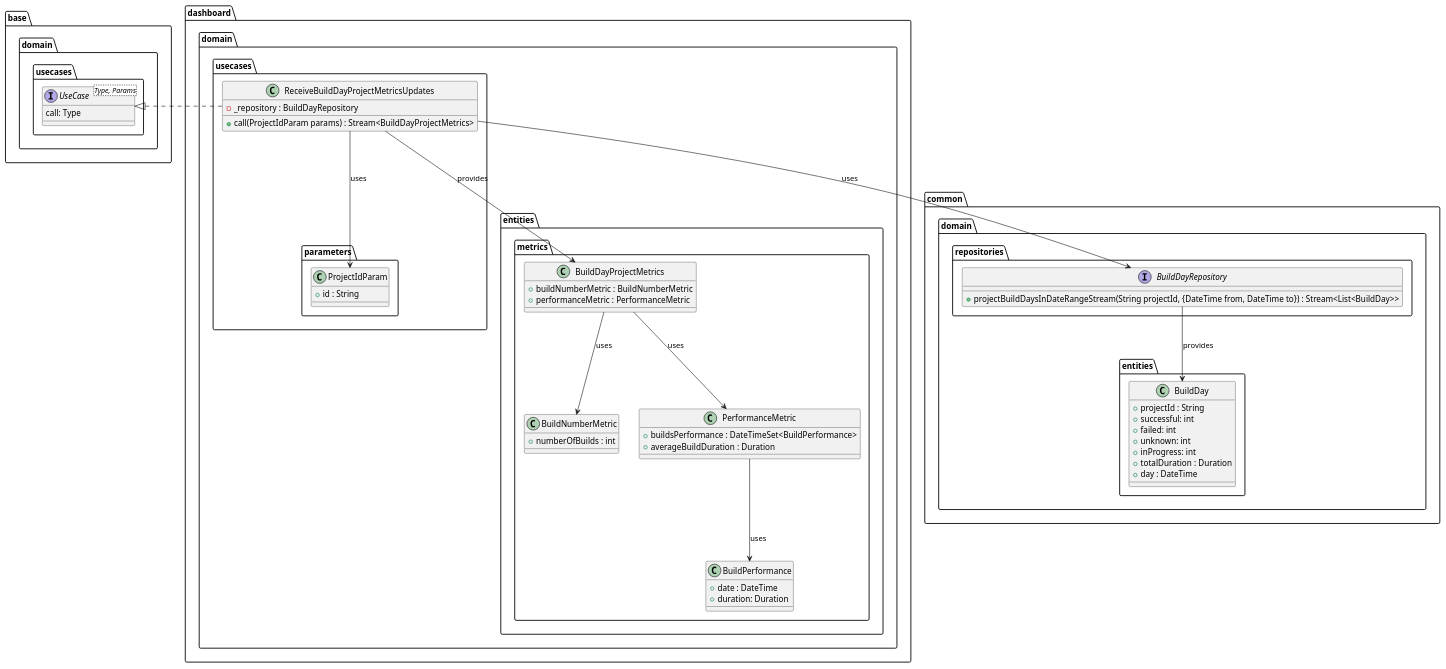
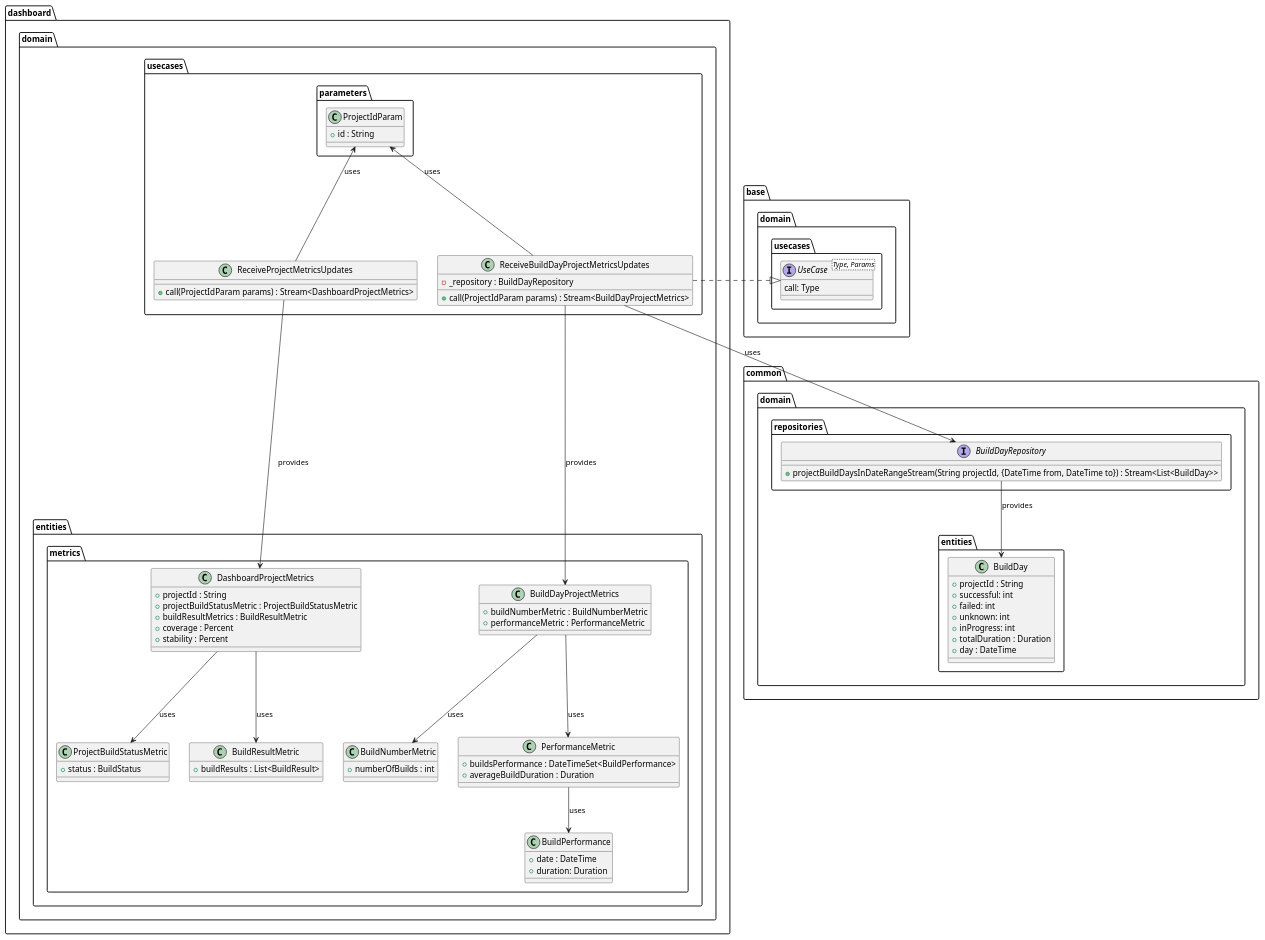
Before and after one commit to Flank/flank-dashboard: the diagram in metrics/web/docs/features/builds_aggregation/diagrams/build_days_domain_layer_class_diagram.puml, drawn with PlantUML.

Commit message:
Update domain diagram

```diff
--- a/metrics/web/docs/features/builds_aggregation/diagrams/build_days_domain_layer_class_diagram.puml
+++ b/metrics/web/docs/features/builds_aggregation/diagrams/build_days_domain_layer_class_diagram.puml
@@ -1,72 +1,95 @@
 @startuml build_days_domain_layer_class_diagram
-
-package base.domain.usecases {
-    interface UseCase<Type, Params> {
-        call: Type
-    }
-}
 
 package common.domain {
     package entities {
         class BuildDay {
             + projectId : String
             + successful: int
             + failed: int
             + unknown: int
             + inProgress: int
             + totalDuration : Duration
             + day : DateTime
         }
     }
 
     package repositories {
         interface BuildDayRepository {
             + projectBuildDaysInDateRangeStream(String projectId, {DateTime from, DateTime to}) : Stream<List<BuildDay>>
         } 
     }
 }
 
 package dashboard.domain {
     package entities.metrics {
         class BuildNumberMetric {
             + numberOfBuilds : int
         }
         class BuildPerformance {
-                + date : DateTime
-                + duration: Duration
+            + date : DateTime
+            + duration: Duration
         }
         class PerformanceMetric {
             + buildsPerformance : DateTimeSet<BuildPerformance>
             + averageBuildDuration : Duration
         }
+        class ProjectBuildStatusMetric {
+            + status : BuildStatus
+        }
+        class BuildResultMetric {
+            + buildResults : List<BuildResult>
+        }
         class BuildDayProjectMetrics {
             + buildNumberMetric : BuildNumberMetric
             + performanceMetric : PerformanceMetric
+        }
+        class DashboardProjectMetrics {
+            + projectId : String
+            + projectBuildStatusMetric : ProjectBuildStatusMetric
+            + buildResultMetrics : BuildResultMetric
+            + coverage : Percent
+            + stability : Percent
         }
     }
 
     package usecases {
         class ReceiveBuildDayProjectMetricsUpdates {
             - _repository : BuildDayRepository
             + call(ProjectIdParam params) : Stream<BuildDayProjectMetrics>
+        }
+
+        class ReceiveProjectMetricsUpdates {
+            + call(ProjectIdParam params) : Stream<DashboardProjectMetrics>
         }
 
         package parameters {
             class ProjectIdParam {
                 + id : String
             }
         }
     }  
 }
 
+package base.domain.usecases {
+    interface UseCase<Type, Params> {
+        call: Type
+    }
+}
+
 BuildDayRepository --> BuildDay : provides
-ReceiveBuildDayProjectMetricsUpdates -left-..|> UseCase
+ReceiveBuildDayProjectMetricsUpdates -right-..|> UseCase
 ReceiveBuildDayProjectMetricsUpdates --> BuildDayRepository : uses
-ReceiveBuildDayProjectMetricsUpdates --> ProjectIdParam : uses
+ReceiveBuildDayProjectMetricsUpdates -up-> ProjectIdParam : uses
 ReceiveBuildDayProjectMetricsUpdates --> BuildDayProjectMetrics : provides
+
+ReceiveProjectMetricsUpdates -up-> ProjectIdParam : uses
+ReceiveProjectMetricsUpdates -down--> DashboardProjectMetrics : provides
 
 BuildDayProjectMetrics --> BuildNumberMetric : uses
 BuildDayProjectMetrics --> PerformanceMetric : uses
 PerformanceMetric --> BuildPerformance : uses
 
+DashboardProjectMetrics --> ProjectBuildStatusMetric : uses
+DashboardProjectMetrics --> BuildResultMetric : uses
+
 @enduml
```
